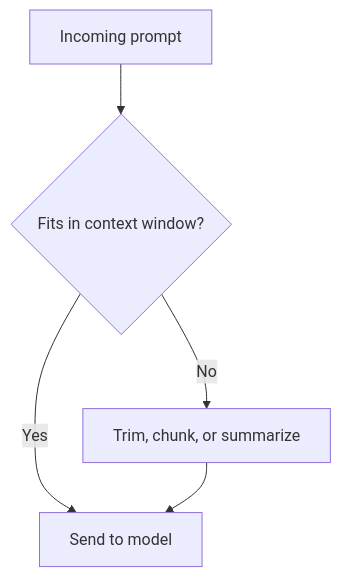
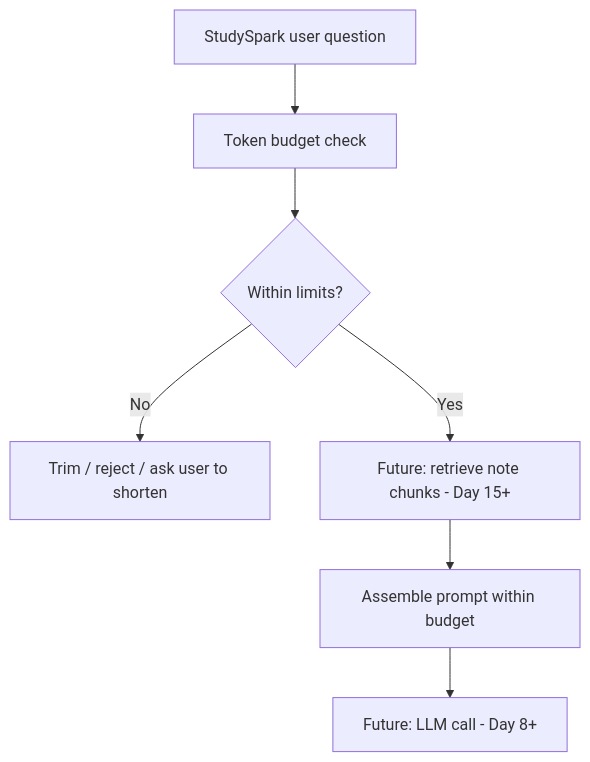
Before and after one commit to Asabeneh/30-Days-Of-AI-Engineering: diagram 14 of 14 in day_03/day_03_tokens_context_windows_and_embeddings.md, drawn with Mermaid. The commit also changed other lines of this file and 49 other files, not shown here.

````diff
--- a/day_03/day_03_tokens_context_windows_and_embeddings.md
+++ b/day_03/day_03_tokens_context_windows_and_embeddings.md
@@ -159,7 +977,9 @@
 ```mermaid
 flowchart TD
-        A[Incoming prompt] --> B{Fits in context window?}
-        B -->|Yes| C[Send to model]
-        B -->|No| D[Trim, chunk, or summarize]
-        D --> C
+    A[StudySpark user question] --> B[Token budget check]
+    B --> C{Within limits?}
+    C -->|No| D[Trim / reject / ask user to shorten]
+    C -->|Yes| E[Future: retrieve note chunks - Day 15+]
+    E --> F[Assemble prompt within budget]
+    F --> G[Future: LLM call - Day 8+]
 ```
````
